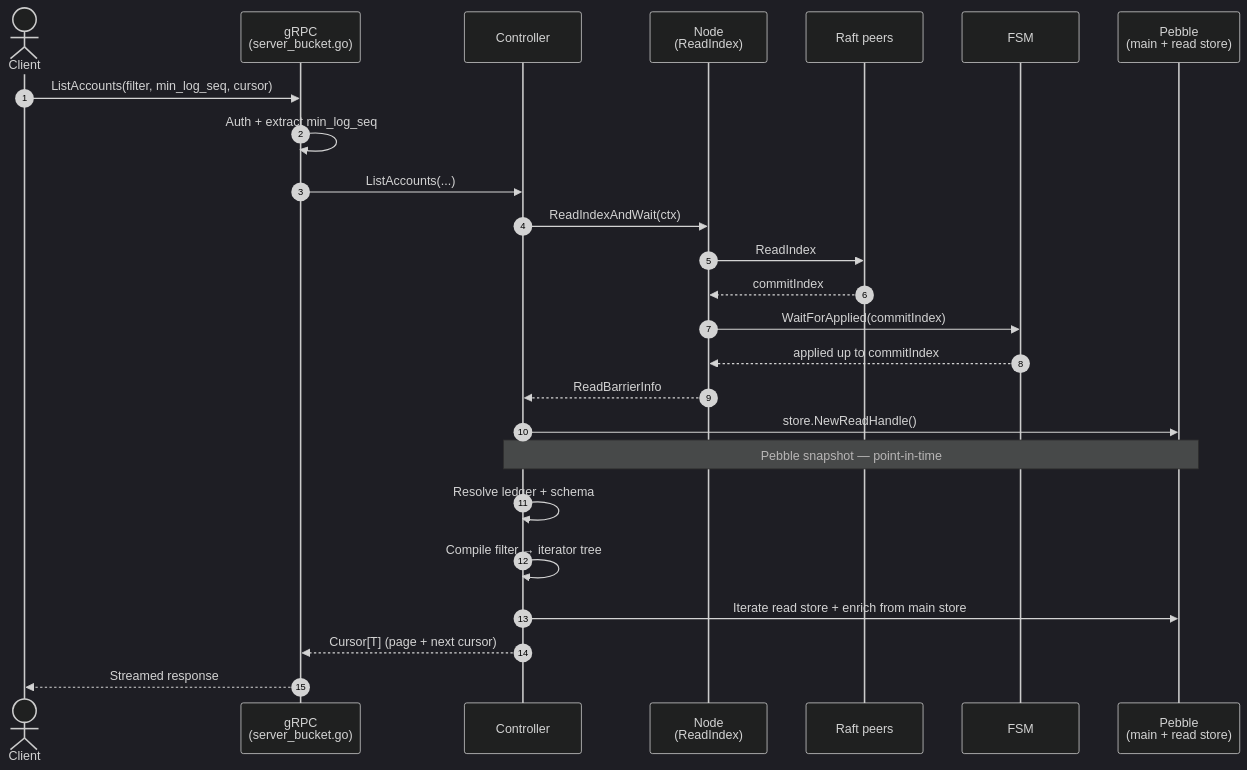
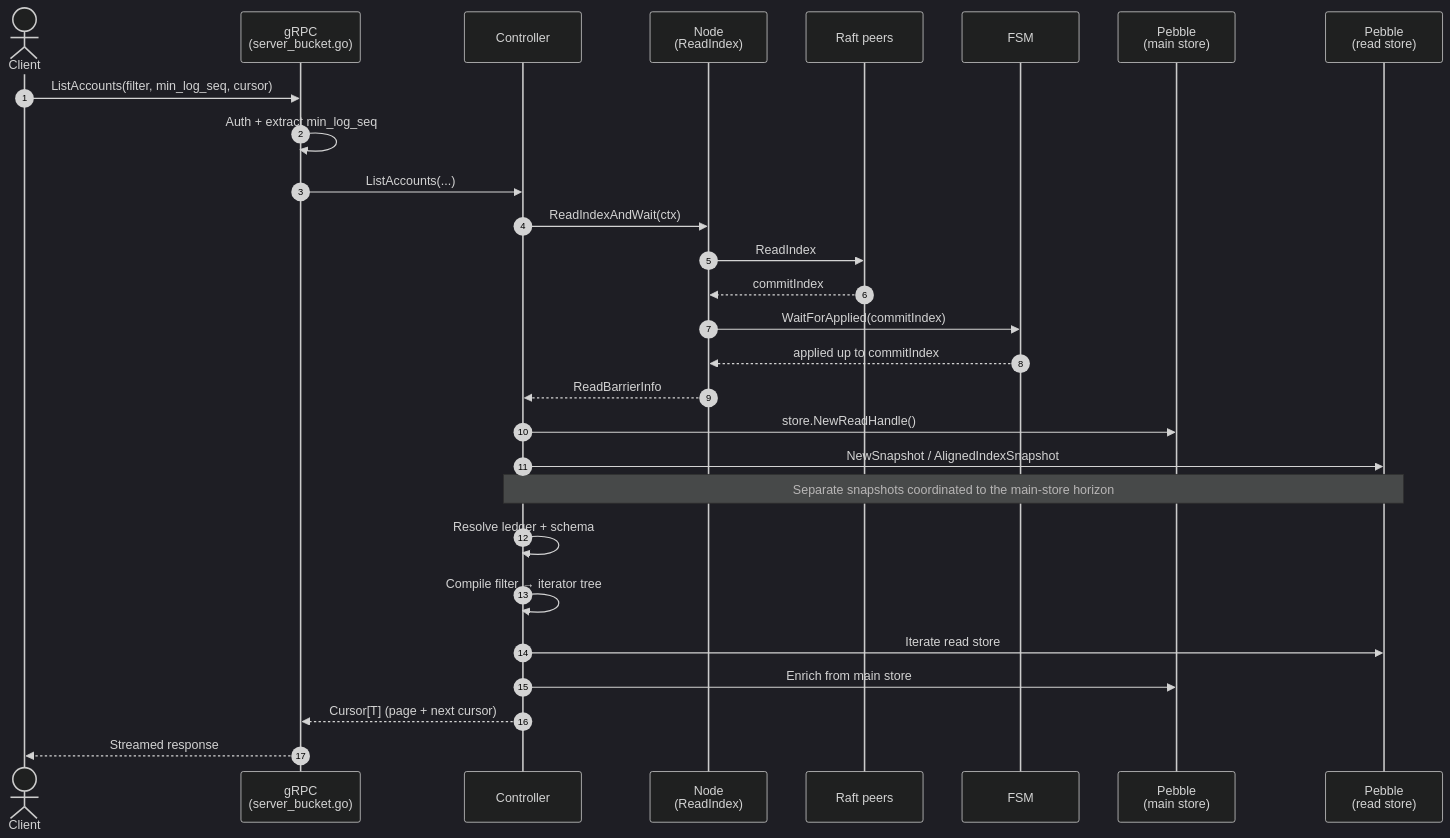
The diagram in docs/technical/architecture/subsystems/read-path/query-pipeline.md (formancehq/ledger), drawn with Mermaid (dark theme) before and after one commit. The commit also changed other lines of this file, not shown here.

Commit message:
docs: describe coordinated pagination snapshots

````diff
--- a/docs/technical/architecture/subsystems/read-path/query-pipeline.md
+++ b/docs/technical/architecture/subsystems/read-path/query-pipeline.md
@@ -9,28 +9,31 @@
 ```mermaid
 sequenceDiagram
     autonumber
     actor C as Client
     participant G as gRPC<br/>(server_bucket.go)
     participant Ctrl as Controller
     participant N as Node<br/>(ReadIndex)
     participant Raft as Raft peers
     participant FSM
-    participant Peb as Pebble<br/>(main + read store)
+    participant Main as Pebble<br/>(main store)
+    participant Index as Pebble<br/>(read store)
 
     C->>G: ListAccounts(filter, min_log_seq, cursor)
     G->>G: Auth + extract min_log_seq
     G->>Ctrl: ListAccounts(...)
     Ctrl->>N: ReadIndexAndWait(ctx)
     N->>Raft: ReadIndex
     Raft-->>N: commitIndex
     N->>FSM: WaitForApplied(commitIndex)
     FSM-->>N: applied up to commitIndex
     N-->>Ctrl: ReadBarrierInfo
-    Ctrl->>Peb: store.NewReadHandle()
-    Note over Ctrl,Peb: Pebble snapshot — point-in-time
+    Ctrl->>Main: store.NewReadHandle()
+    Ctrl->>Index: NewSnapshot / AlignedIndexSnapshot
+    Note over Ctrl,Index: Separate snapshots coordinated to the main-store horizon
     Ctrl->>Ctrl: Resolve ledger + schema
     Ctrl->>Ctrl: Compile filter → iterator tree
-    Ctrl->>Peb: Iterate read store + enrich from main store
+    Ctrl->>Index: Iterate read store
+    Ctrl->>Main: Enrich from main store
     Ctrl-->>G: Cursor[T] (page + next cursor)
     G-->>C: Streamed response
 ```
````
